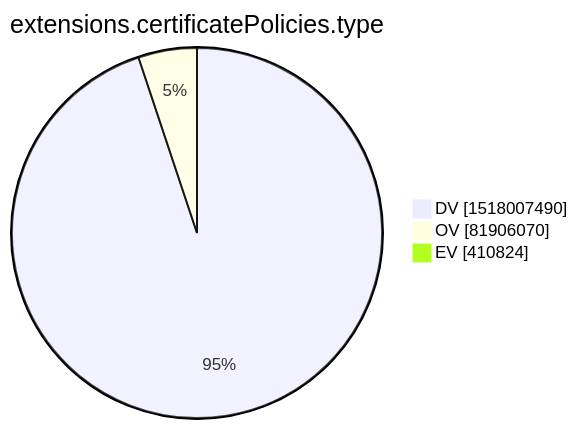
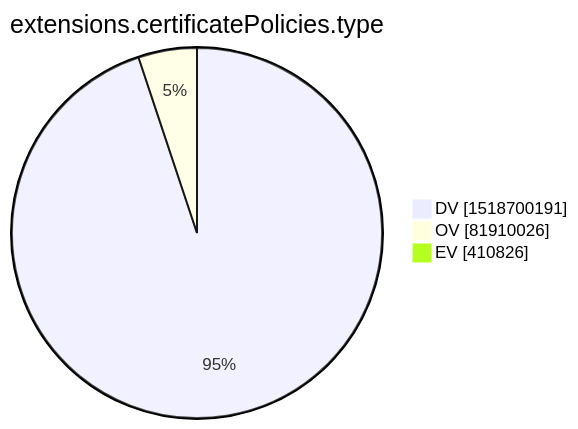
Before and after one commit to christiankrug/ctmonitor_visualization: the tenth of 15 diagrams in xenon2022/README.md, drawn with Mermaid. The commit also changed other lines of this file, not shown here.

````diff
--- a/xenon2022/README.md
+++ b/xenon2022/README.md
@@ -2875,7 +2875,7 @@
 ```mermaid
 pie showData
 title extensions.certificatePolicies.type
-"DV" :1518007490
-"OV" :81906070
-"EV" :410824
+"DV" :1518700191
+"OV" :81910026
+"EV" :410826
 ```
````
